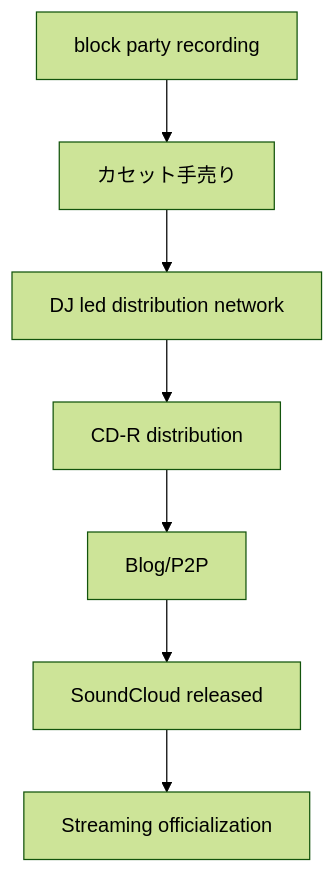
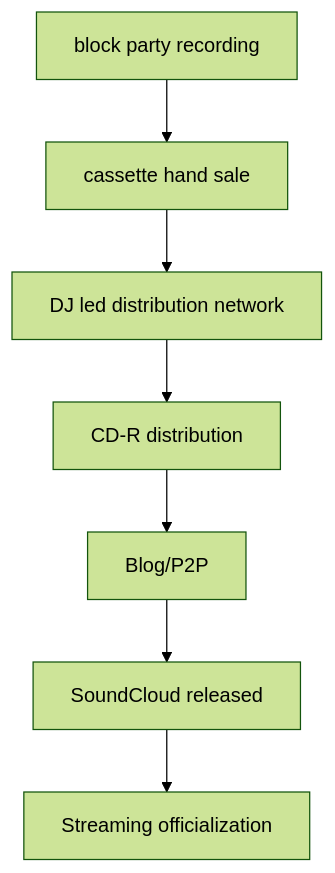
One commit to monumental-movement/monumental-movement.github.io changed the second of 2 diagrams in en/_posts/2026-02-28-column-free-mix-tape.md. Above: the diagram before and after it, drawn with Mermaid (forest theme). The commit also changed other lines of this file and 851 other files, not shown here.

```diff
--- a/en/_posts/2026-02-28-column-free-mix-tape.md
+++ b/en/_posts/2026-02-28-column-free-mix-tape.md
@@ -176,9 +176,9 @@
 <div class="mermaid">
 flowchart TD
-    A[block party recording] --> B[カセット手売り]
+    A[block party recording] --> B[cassette hand sale]
     B --> C[DJ led distribution network]
     C --> D[CD-R distribution]
     D --> E[Blog/P2P]
     E --> F[SoundCloud released]
     F --> G[Streaming officialization]
 </div>
```
